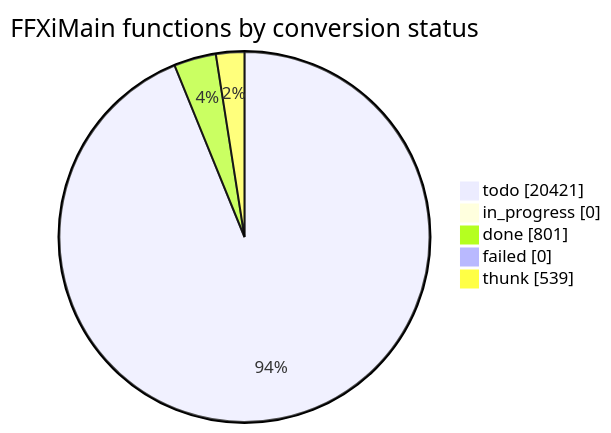
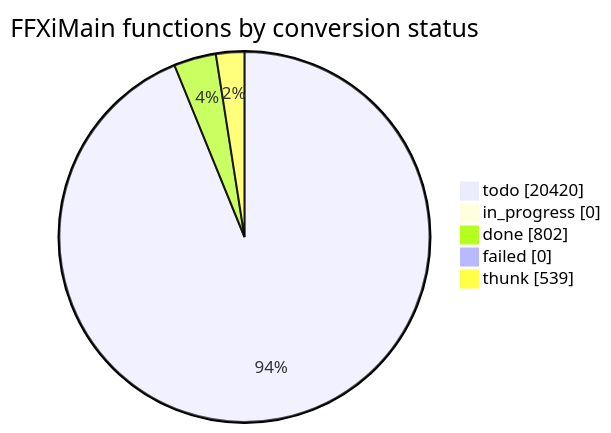
One commit to cowrevenge/cow_kuluu_xi_anything changed the diagram in docs/cow/STATUS.md. Above: the diagram before and after it, drawn with Mermaid. The commit also changed other lines of this file and 9 other files, not shown here.

````diff
--- a/docs/cow/STATUS.md
+++ b/docs/cow/STATUS.md
@@ -18,9 +18,9 @@
 ```mermaid
 pie showData
     title FFXiMain functions by conversion status
-    "todo" : 20421
+    "todo" : 20420
     "in_progress" : 0
-    "done" : 801
+    "done" : 802
     "failed" : 0
     "thunk" : 539
 ```
````
